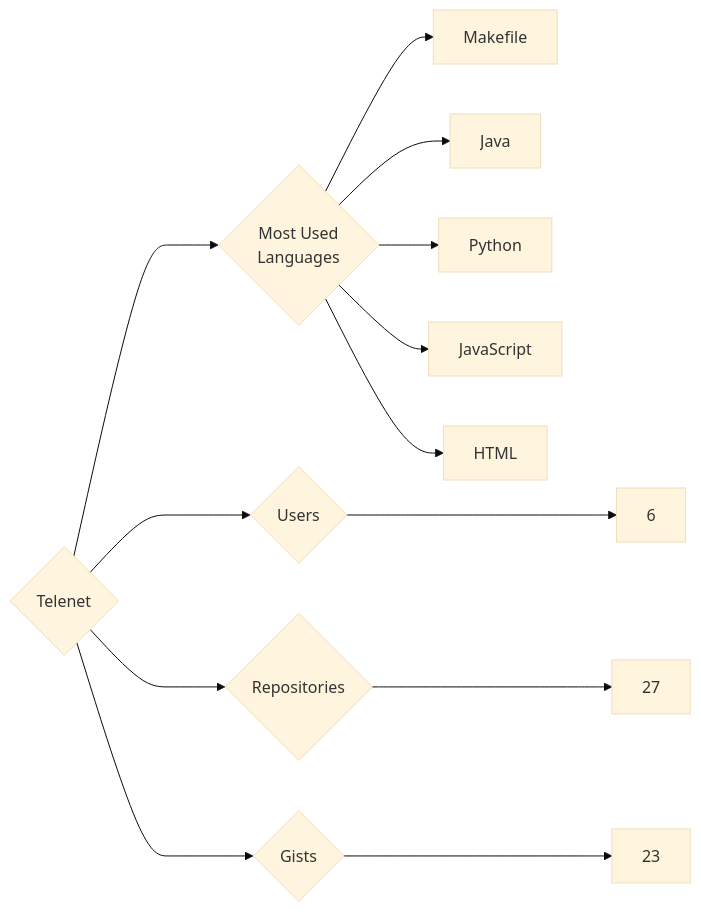
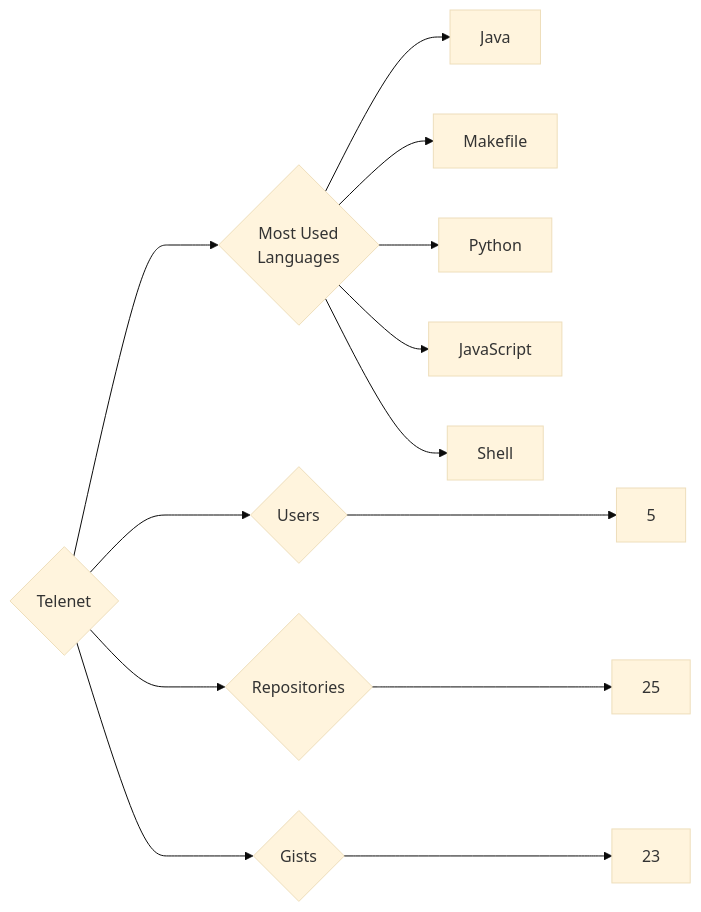
The diagram in targets/Telenet/README.md (trickest/insiders), drawn with Mermaid (base theme) before and after one commit. The commit also changed 1389 other files, not shown here.

````diff
--- a/targets/Telenet/README.md
+++ b/targets/Telenet/README.md
@@ -3,13 +3,13 @@
 ```mermaid
 graph LR
 COMPANY_NAME{Telenet}
-COMPANY_NAME ---> U{Users} ---> UN[6]
-COMPANY_NAME ---> R{Repositories} ---> RN[27]
+COMPANY_NAME ---> U{Users} ---> UN[5]
+COMPANY_NAME ---> R{Repositories} ---> RN[25]
 COMPANY_NAME ---> G{Gists} ---> GN[23]
 COMPANY_NAME ---> ML{Most Used<br>Languages}
+ML --> Java[Java]
 ML --> Makefile[Makefile]
-ML --> Java[Java]
 ML --> Python[Python]
 ML --> JavaScript[JavaScript]
-ML --> HTML[HTML]
+ML --> Shell[Shell]
 ```
````
